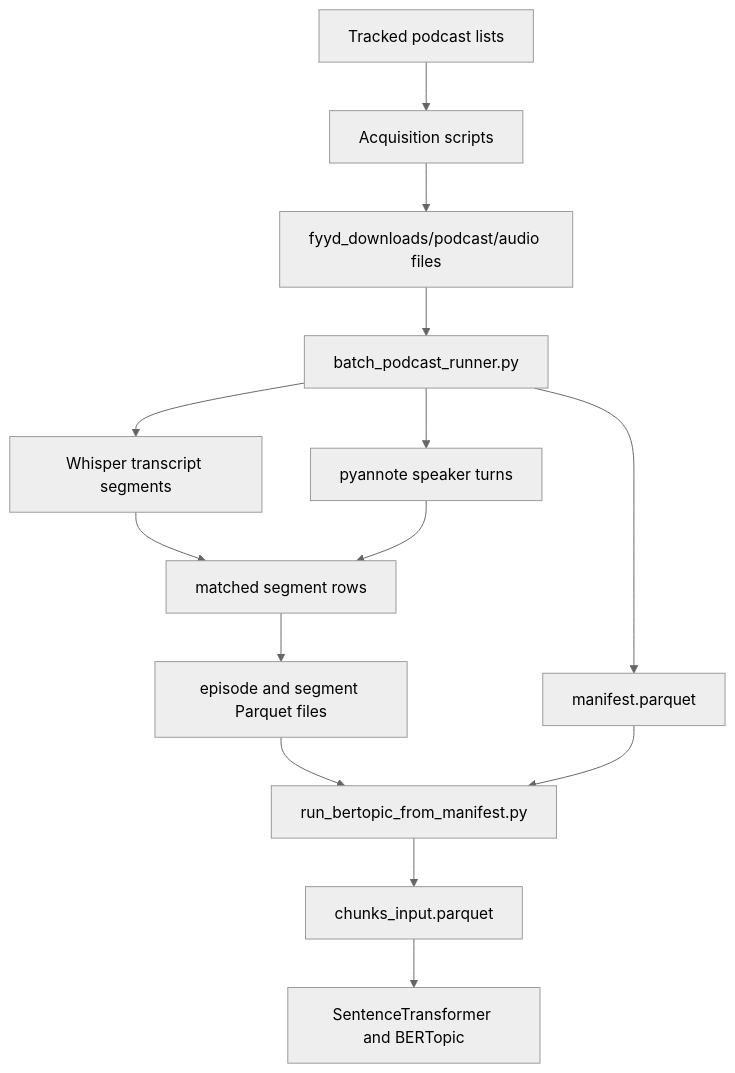
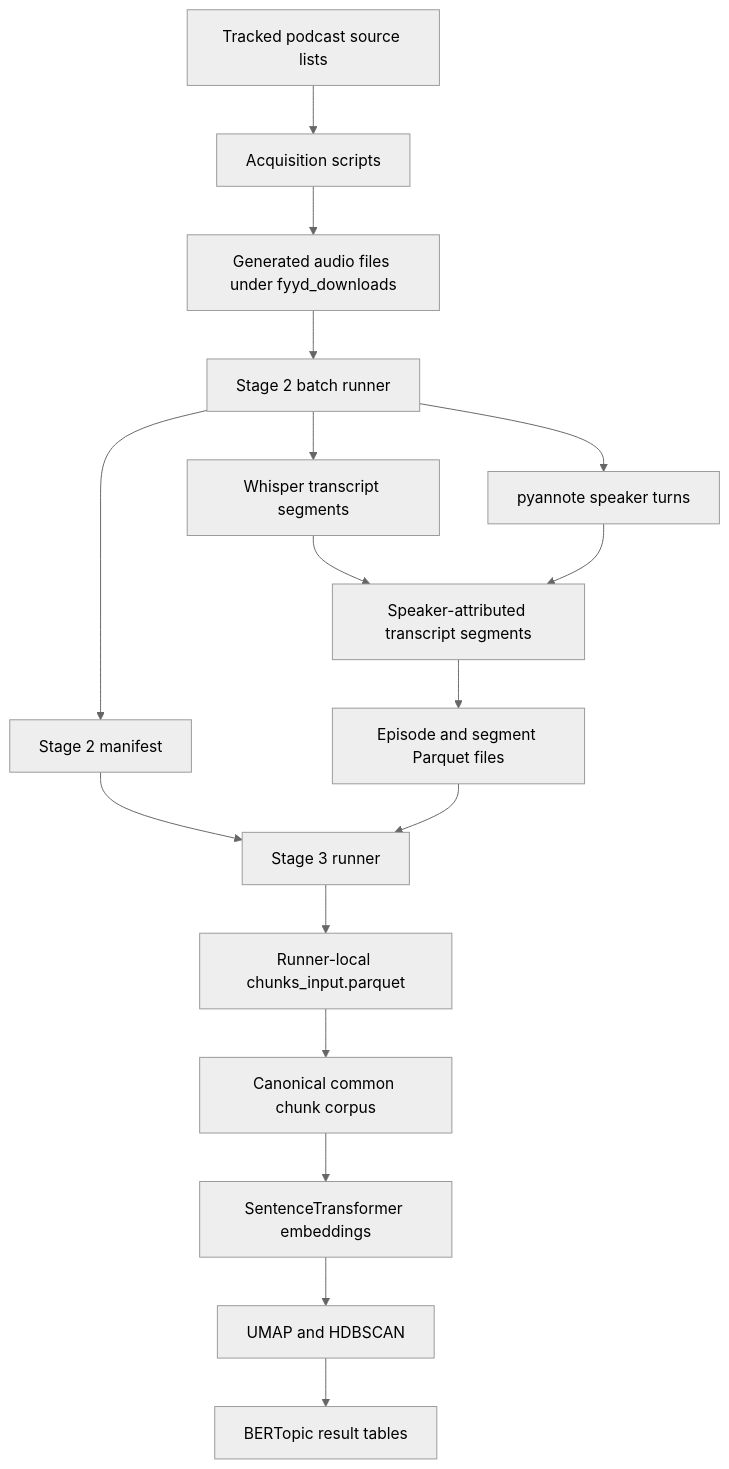
One commit to plasma31/podcast_transcribe changed the diagram in docs/thesis/01_pipeline_and_data.md. Above: the diagram before and after it, drawn with Mermaid (neutral theme). The commit also changed other lines of this file, not shown here.

Commit message:
Clarify Stage 3 data locations and chunk construction

````diff
--- a/docs/thesis/01_pipeline_and_data.md
+++ b/docs/thesis/01_pipeline_and_data.md
@@ -52,16 +52,19 @@
 ```mermaid
 flowchart TD
-    A[Tracked podcast lists] --> B[Acquisition scripts]
-    B --> C[fyyd_downloads/podcast/audio files]
-    C --> D[batch_podcast_runner.py]
-    D --> E[manifest.parquet]
+    A[Tracked podcast source lists] --> B[Acquisition scripts]
+    B --> C[Generated audio files under fyyd_downloads]
+    C --> D[Stage 2 batch runner]
+    D --> E[Stage 2 manifest]
     D --> F[Whisper transcript segments]
     D --> G[pyannote speaker turns]
-    F --> H[matched segment rows]
+    F --> H[Speaker-attributed transcript segments]
     G --> H
-    H --> I[episode and segment Parquet files]
-    I --> J[run_bertopic_from_manifest.py]
-    E --> J
-    J --> K[chunks_input.parquet]
-    K --> L[SentenceTransformer and BERTopic]
+    H --> I[Episode and segment Parquet files]
+    E --> J[Stage 3 runner]
+    I --> J
+    J --> K[Runner-local chunks_input.parquet]
+    K --> L[Canonical common chunk corpus]
+    L --> M[SentenceTransformer embeddings]
+    M --> N[UMAP and HDBSCAN]
+    N --> O[BERTopic result tables]
 ```
````
